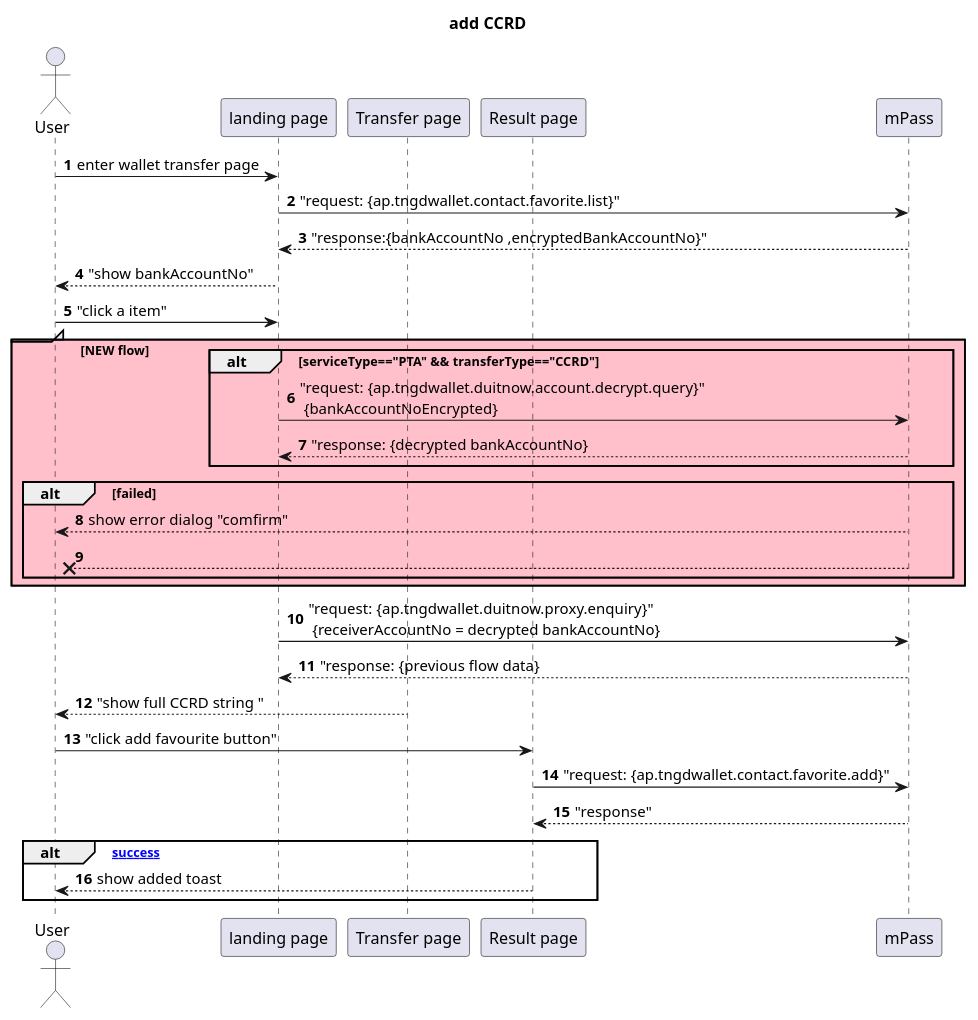
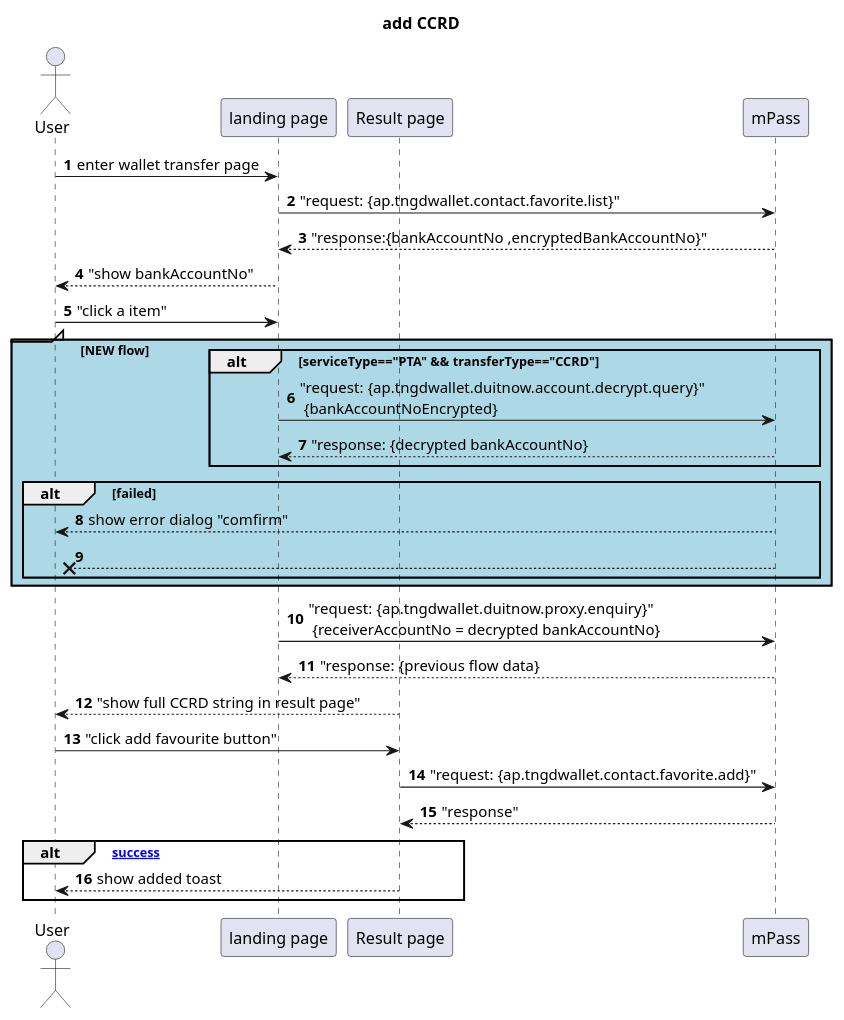
The diagram in app/src/main/java/com/uml/sequence/transfer/duitnow_ccrd_cr.puml (BlogForMe/ankotlin), drawn with PlantUML before and after one commit.

Commit message:
transfer page

```diff
--- a/app/src/main/java/com/uml/sequence/transfer/duitnow_ccrd_cr.puml
+++ b/app/src/main/java/com/uml/sequence/transfer/duitnow_ccrd_cr.puml
@@ -1,42 +1,38 @@
 @startuml
 title: "add CCRD"
 actor USER as "User"
 participant LAND as "landing page"
-participant TRANSFER as "Transfer page"
 participant RESULT as "Result page"
 participant mPASS as "mPass"
 
 autonumber
 
 USER -> LAND :enter wallet transfer page
 LAND -> mPASS : "request: {ap.tngdwallet.contact.favorite.list}"
 LAND <-- mPASS : "response:{bankAccountNo ,encryptedBankAccountNo}"
 USER <-- LAND : "show bankAccountNo"
 
 USER -> LAND : "click a item"
-group #pink [NEW flow]
+group #lightblue [NEW flow]
 alt  serviceType=="PTA" && transferType=="CCRD"
 LAND -> mPASS : "request: {ap.tngdwallet.duitnow.account.decrypt.query}"\n {bankAccountNoEncrypted}
 LAND <-- mPASS : "response: {decrypted bankAccountNo}
 end
 alt failed
 USER <-- mPASS : show error dialog "comfirm"
 USER x<-- mPASS
 end
 end
 LAND -> mPASS : "request: {ap.tngdwallet.duitnow.proxy.enquiry}"\n {receiverAccountNo = decrypted bankAccountNo}
 LAND <-- mPASS : "response: {previous flow data}
-USER <-- TRANSFER : "show full CCRD string "
+USER <-- RESULT : "show full CCRD string in result page"
 USER -> RESULT : "click add favourite button"
 
-/'alt transferType == "CCRD"
-USER <-- RESULT : "show masked "
-end'/
 RESULT -> mPASS : "request: {ap.tngdwallet.contact.favorite.add}"
 RESULT <-- mPASS : "response"
 alt [success]
 USER <-- RESULT : show added toast
 end
 
 
 @enduml
```
